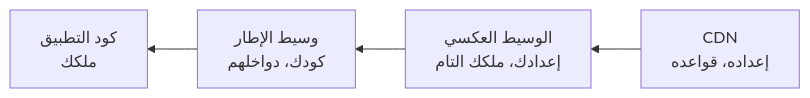
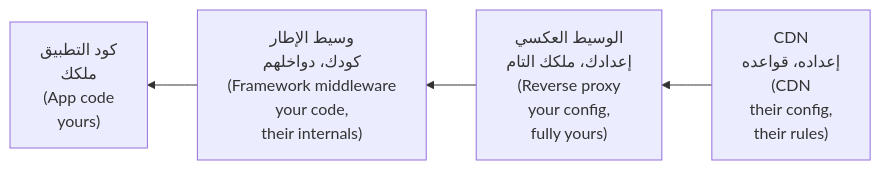
The diagram in modules/03-caching/lesson-2-cache-poisoning.ar.md (Tamoura/system-design-for-vibe-coders), drawn with Mermaid before and after one commit. The commit also changed 62 other files, not shown here.

First line of the commit message:
Arabic editions: English on every diagram label, RTL fixes, rebuild

````diff
--- a/modules/03-caching/lesson-2-cache-poisoning.ar.md
+++ b/modules/03-caching/lesson-2-cache-poisoning.ar.md
@@ -84,6 +84,6 @@
 ```mermaid
 flowchart RL
-    A["CDN<br/>إعداده، قواعده"] --> B["الوسيط العكسي<br/>إعدادك، ملكك التام"]
-    B --> C["وسيط الإطار<br/>كودك، دواخلهم"]
-    C --> D["كود التطبيق<br/>ملكك"]
+    A["CDN<br/>إعداده، قواعده<br/>(CDN<br/>their config,<br/>their rules)"] --> B["الوسيط العكسي<br/>إعدادك، ملكك التام<br/>(Reverse proxy<br/>your config,<br/>fully yours)"]
+    B --> C["وسيط الإطار<br/>كودك، دواخلهم<br/>(Framework middleware<br/>your code,<br/>their internals)"]
+    C --> D["كود التطبيق<br/>ملكك<br/>(App code<br/>yours)"]
 ```
````
